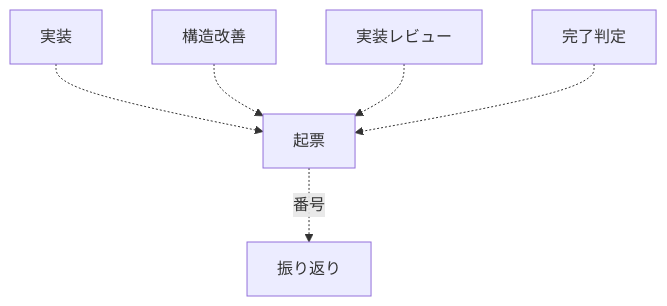
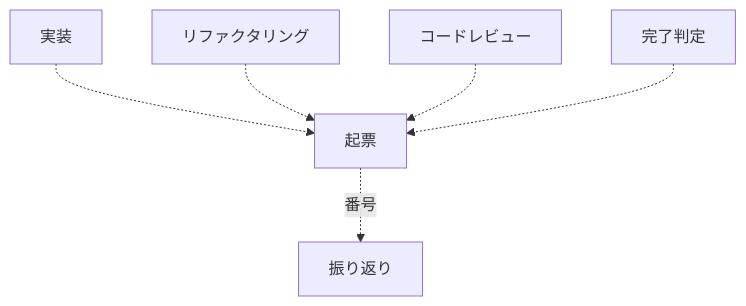
Before and after one commit to devbasex/ai-plugins: the diagram in plugins/ndf/skills/out-of-scope/SKILL.md, drawn with Mermaid. The commit also changed other lines of this file and 35 other files, not shown here.

````diff
--- a/plugins/ndf/skills/out-of-scope/SKILL.md
+++ b/plugins/ndf/skills/out-of-scope/SKILL.md
@@ -38,8 +38,8 @@
 ```mermaid
 flowchart TD
     H[実装] -.-> S[起票]
-    R[構造改善] -.-> S
-    V[実装レビュー] -.-> S
+    R[リファクタリング] -.-> S
+    V[コードレビュー] -.-> S
     K[完了判定] -.-> S
     S -.番号.-> T[振り返り]
 ```
````
